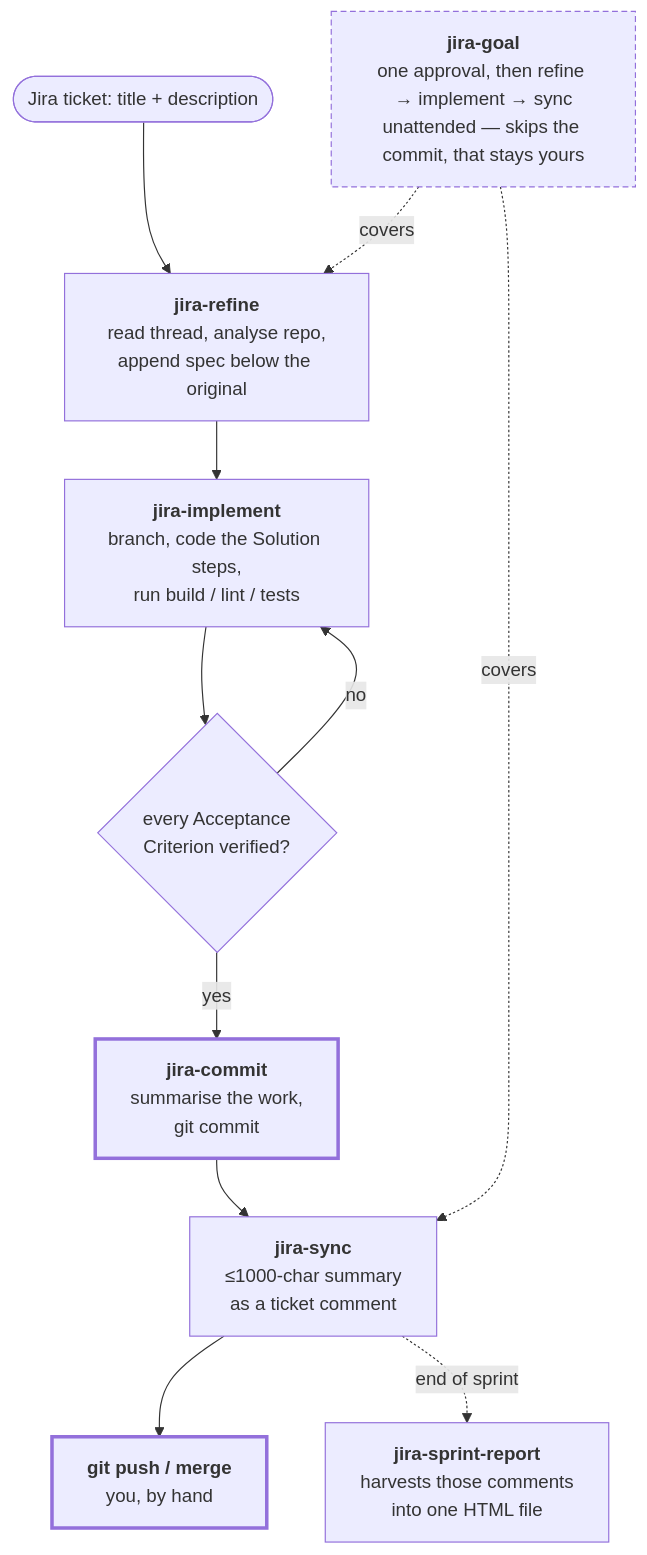
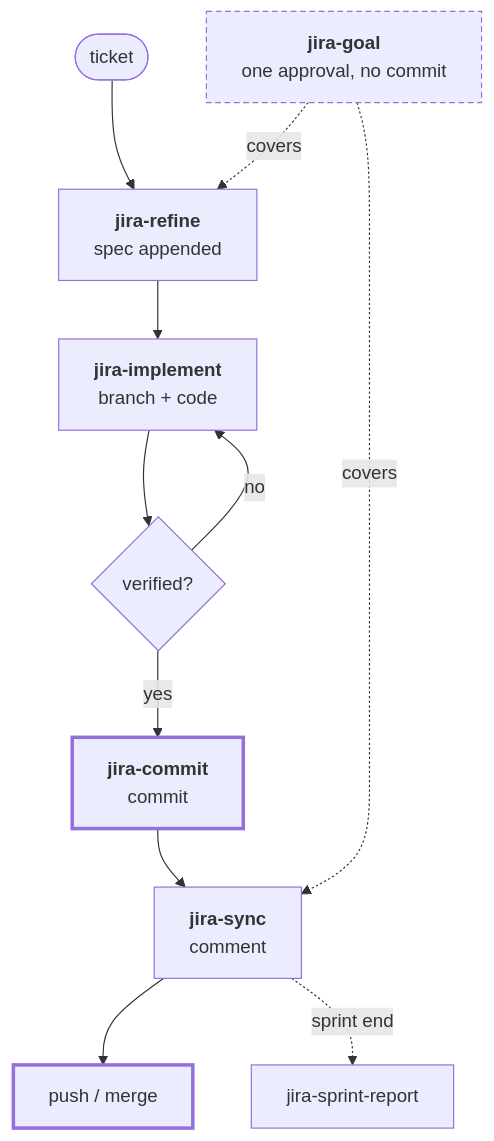
One commit to shinn716/jira-skills changed the first of 2 diagrams in README.md. Above: the diagram before and after it, drawn with Mermaid. The commit also changed other lines of this file and 1 other file, not shown here.

First line of the commit message:
Shrink the README diagrams

````diff
--- a/README.md
+++ b/README.md
@@ -26,26 +26,15 @@
 ```mermaid
 flowchart TD
-    ticket([Jira ticket: title + description]) --> refine
-
-    refine["<b>jira-refine</b><br/>read thread, analyse repo,<br/>append spec below the original"]
-    implement["<b>jira-implement</b><br/>branch, code the Solution steps,<br/>run build / lint / tests"]
-    check{"every Acceptance<br/>Criterion verified?"}
-    commit["<b>jira-commit</b><br/>summarise the work,<br/>git commit"]
-    sync["<b>jira-sync</b><br/>≤1000-char summary<br/>as a ticket comment"]
-    push["<b>git push / merge</b><br/>you, by hand"]
-    report["<b>jira-sprint-report</b><br/>harvests those comments<br/>into one HTML file"]
-
-    goal["<b>jira-goal</b><br/>one approval, then refine → implement → sync<br/>unattended — skips the commit, that stays yours"]
-
-    refine --> implement --> check
+    ticket([ticket]) --> refine
+    refine["<b>jira-refine</b><br/>spec appended"] --> implement["<b>jira-implement</b><br/>branch + code"] --> check{"verified?"}
     check -- no --> implement
-    check -- yes --> commit --> sync --> push
-    sync -. end of sprint .-> report
-    goal -. covers .-> refine
+    check -- yes --> commit["<b>jira-commit</b><br/>commit"] --> sync["<b>jira-sync</b><br/>comment"] --> push["push / merge"]
+    sync -. sprint end .-> report["jira-sprint-report"]
+    goal["<b>jira-goal</b><br/>one approval, no commit"] -. covers .-> refine
     goal -. covers .-> sync
 
     classDef human stroke-width:3px
     classDef auto stroke-dasharray:5 3
     class commit,push human
     class goal auto
 ```
````
